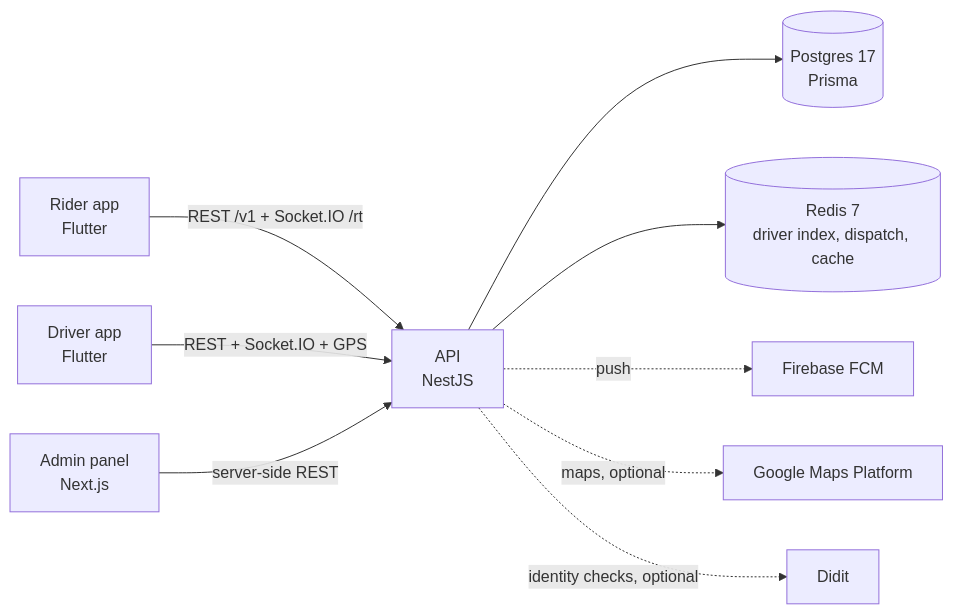
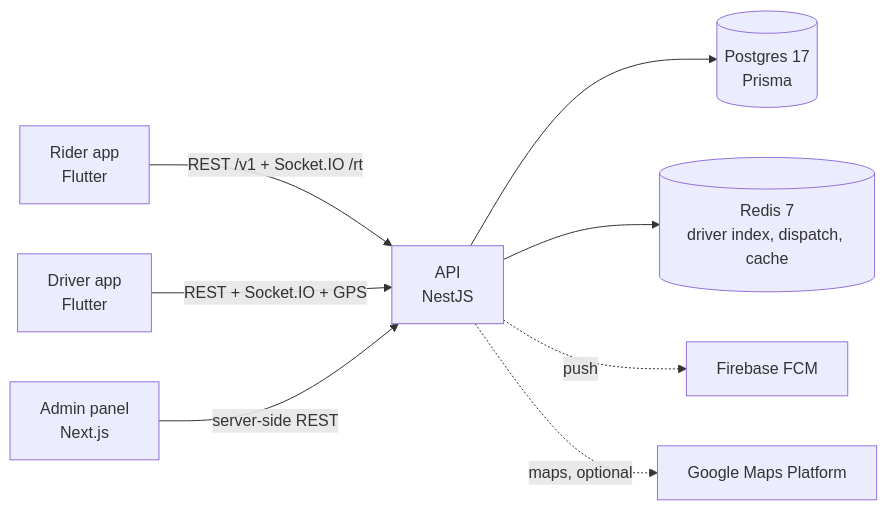
One commit to sivakrishnacode/tamiltaxi changed the diagram in README.md. Above: the diagram before and after it, drawn with Mermaid. The commit also changed other lines of this file and 6 other files, not shown here.

````diff
--- a/README.md
+++ b/README.md
@@ -52,11 +53,10 @@
 ```mermaid
 flowchart LR
   P[Rider app<br/>Flutter] -- REST /v1 + Socket.IO /rt --> API
   D[Driver app<br/>Flutter] -- REST + Socket.IO + GPS --> API
   A[Admin panel<br/>Next.js] -- server-side REST --> API
   API[API<br/>NestJS] --> PG[(Postgres 17<br/>Prisma)]
   API --> R[(Redis 7<br/>driver index, dispatch, cache)]
   API -. push .-> FCM[Firebase FCM]
   API -. maps, optional .-> G[Google Maps Platform]
-  API -. identity checks, optional .-> DI[Didit]
 ```
````
